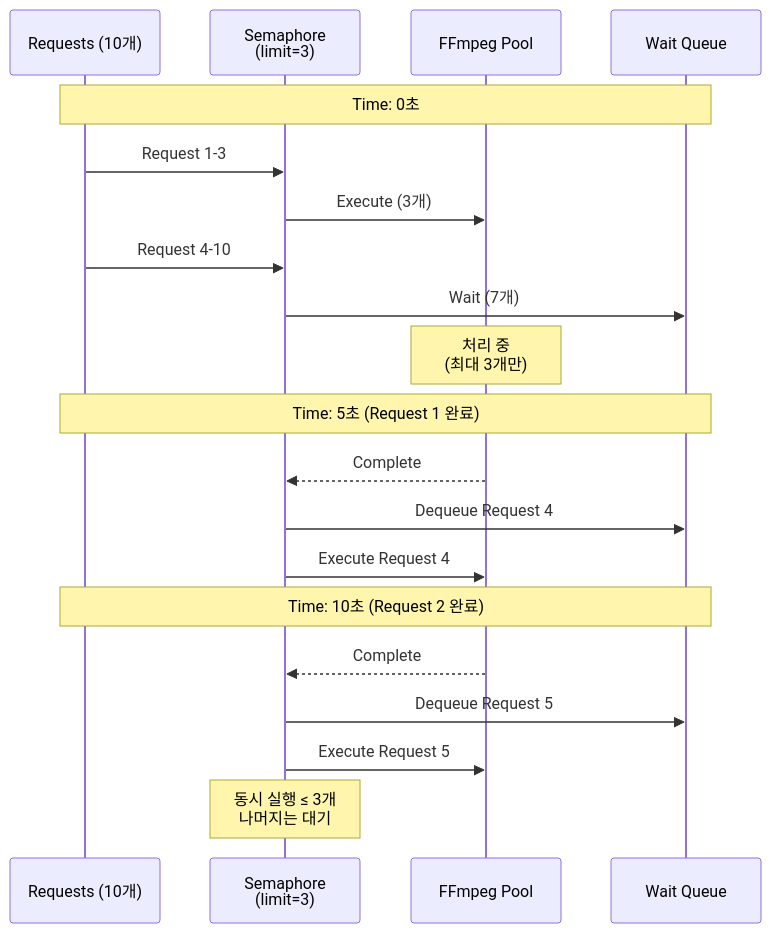
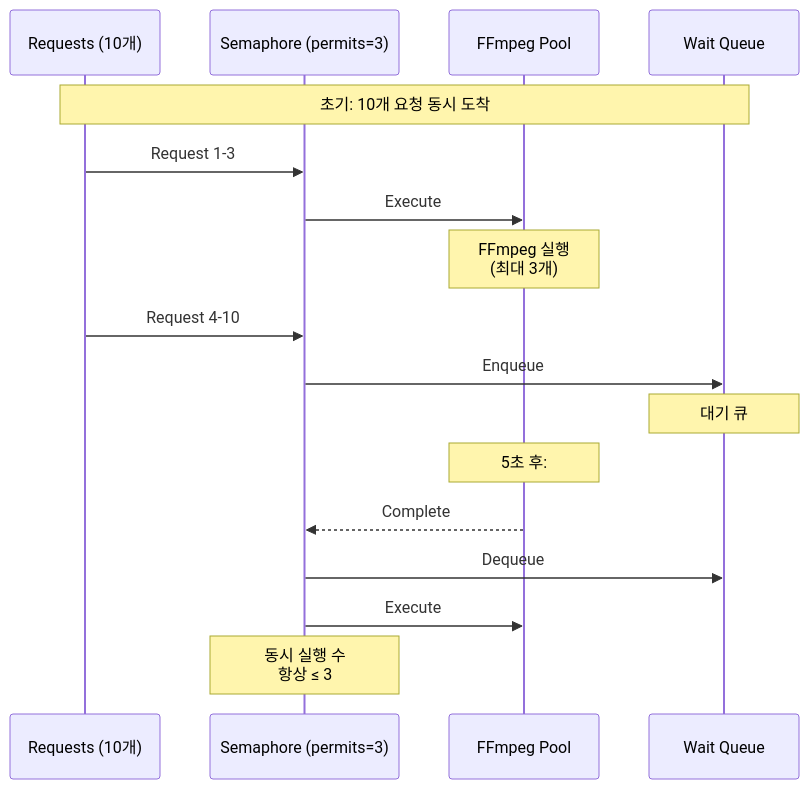
The sixth of 10 diagrams in TECHNICAL_CHALLENGES.md (1985jwlee/production-iot-backend), drawn with Mermaid before and after one commit. The commit also changed other lines of this file and 1 other file, not shown here.

````diff
--- a/TECHNICAL_CHALLENGES.md
+++ b/TECHNICAL_CHALLENGES.md
@@ -432,31 +499,24 @@
 ```mermaid
 sequenceDiagram
     participant R as Requests (10개)
-    participant S as Semaphore<br/>(limit=3)
+    participant S as Semaphore (permits=3)
     participant F as FFmpeg Pool
     participant Q as Wait Queue
     
-    Note over R,Q: Time: 0초
+    Note over R,Q: 초기: 10개 요청 동시 도착
     
     R->>S: Request 1-3
-    S->>F: Execute (3개)
+    S->>F: Execute #1, #2, #3
+    Note over F: FFmpeg 실행<br/>(최대 3개)
     
     R->>S: Request 4-10
-    S->>Q: Wait (7개)
+    S->>Q: Enqueue #4-10
+    Note over Q: 대기 큐
     
-    Note over F: 처리 중<br/>(최대 3개만)
+    Note over F: 5초 후: #1 완료
+    F-->>S: Complete #1
+    S->>Q: Dequeue #4
+    S->>F: Execute #4
     
-    Note over R,Q: Time: 5초 (Request 1 완료)
-    
-    F-->>S: Complete #1
-    S->>Q: Dequeue Request 4
-    S->>F: Execute Request 4
-    
-    Note over R,Q: Time: 10초 (Request 2 완료)
-    
-    F-->>S: Complete #2
-    S->>Q: Dequeue Request 5
-    S->>F: Execute Request 5
-    
-    Note over S: 동시 실행 ≤ 3개<br/>나머지는 대기
+    Note over S: 동시 실행 수<br/>항상 ≤ 3
 ```
````
